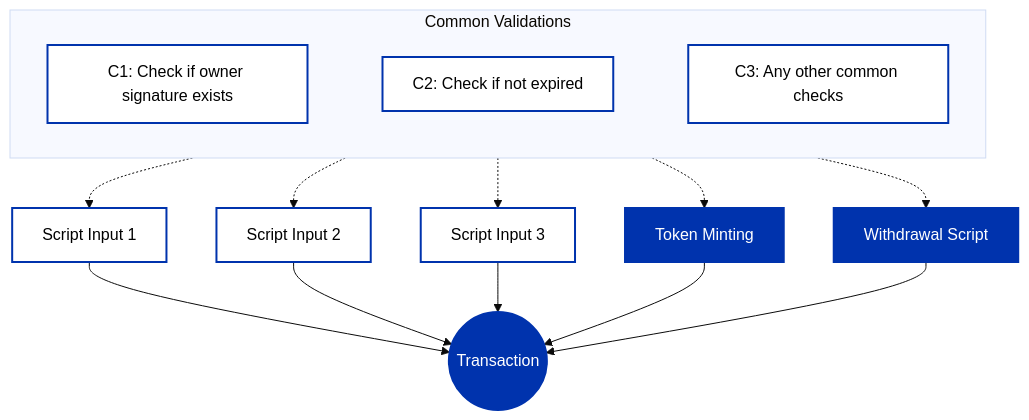
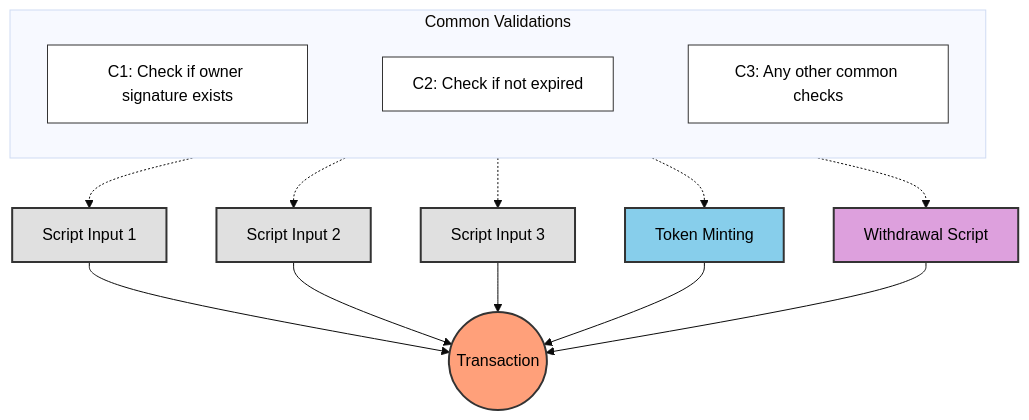
Before and after one commit to cardano-foundation/developer-portal: the first of 3 diagrams in docs/build/smart-contracts/lessons/05-avoid-redundant-validation.md, drawn with Mermaid (base theme). The commit also changed other lines of this file and 3 other files, not shown here.

````diff
--- a/docs/build/smart-contracts/lessons/05-avoid-redundant-validation.md
+++ b/docs/build/smart-contracts/lessons/05-avoid-redundant-validation.md
@@ -14,47 +18,38 @@
 ```mermaid
 graph TB
-    %% Layout subgraph for labels at top with horizontal alignment
     subgraph Checks[" Common Validations "]
         direction LR
         C1["C1: Check if owner signature exists"] ~~~ C2["C2: Check if not expired"] ~~~ C3["C3: Any other common checks"]
     end
-    
-    %% Remove the connecting lines between checks
+
     linkStyle 0 stroke-width:0px
     linkStyle 1 stroke-width:0px
-    
-    %% Connect checks to components with dotted lines
+
     Checks -.-> A1
     Checks -.-> A2
     Checks -.-> A3
     Checks -.-> M
     Checks -.-> W
 
-    %% Inputs on left
     A1[Script Input 1] --> TX
     A2[Script Input 2] --> TX
     A3[Script Input 3] --> TX
-    
-    %% Center transaction
+
     TX((Transaction))
-    
-    %% Mint on top
+
     M[Token Minting] --> TX
-    
-    %% Withdraw at bottom
+
     W[Withdrawal Script] --> TX
-    
-    %% Clear styling with bright colors and black text
-    style TX fill:#0033AD,stroke:#0033AD,stroke-width:2px,color:#FFFFFF
-    style M fill:#0033AD,stroke:#0033AD,stroke-width:2px,color:#FFFFFF
-    style W fill:#0033AD,stroke:#0033AD,stroke-width:2px,color:#FFFFFF
-    style A1 fill:#FFFFFF,stroke:#0033AD,stroke-width:2px,color:#000000
-    style A2 fill:#FFFFFF,stroke:#0033AD,stroke-width:2px,color:#000000
-    style A3 fill:#FFFFFF,stroke:#0033AD,stroke-width:2px,color:#000000
-    style C1 fill:#FFFFFF,stroke:#0033AD,stroke-width:2px,color:#000000
-    style C2 fill:#FFFFFF,stroke:#0033AD,stroke-width:2px,color:#000000
-    style C3 fill:#FFFFFF,stroke:#0033AD,stroke-width:2px,color:#000000
-    
-    %% Positioning
+
+    style TX fill:#FFA07A,stroke:#333,stroke-width:2px,color:#000
+    style M fill:#87CEEB,stroke:#333,stroke-width:2px,color:#000
+    style W fill:#DDA0DD,stroke:#333,stroke-width:2px,color:#000
+    style A1 fill:#E0E0E0,stroke:#333,stroke-width:2px,color:#000
+    style A2 fill:#E0E0E0,stroke:#333,stroke-width:2px,color:#000
+    style A3 fill:#E0E0E0,stroke:#333,stroke-width:2px,color:#000
+    style C1 fill:#FFFFFF,stroke:#333,stroke-width:1px,color:#000
+    style C2 fill:#FFFFFF,stroke:#333,stroke-width:1px,color:#000
+    style C3 fill:#FFFFFF,stroke:#333,stroke-width:1px,color:#000
+
     classDef default text-align:center
 ```
````
